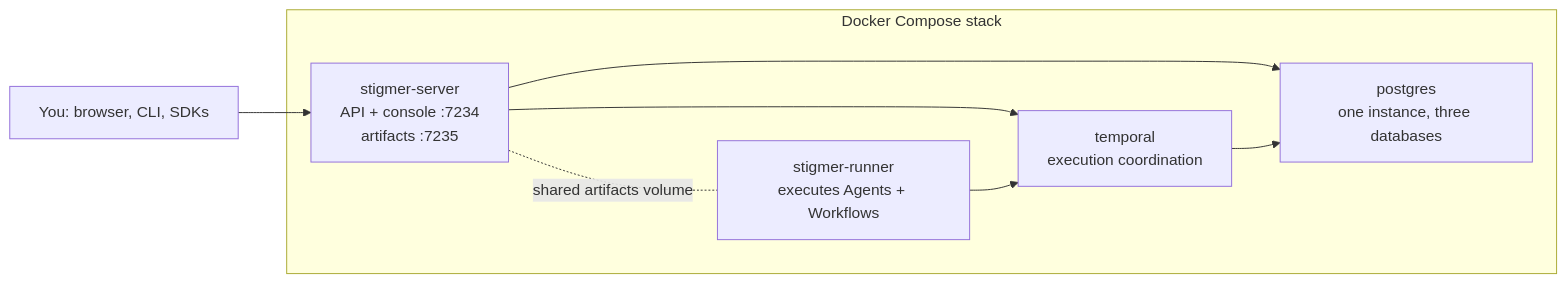
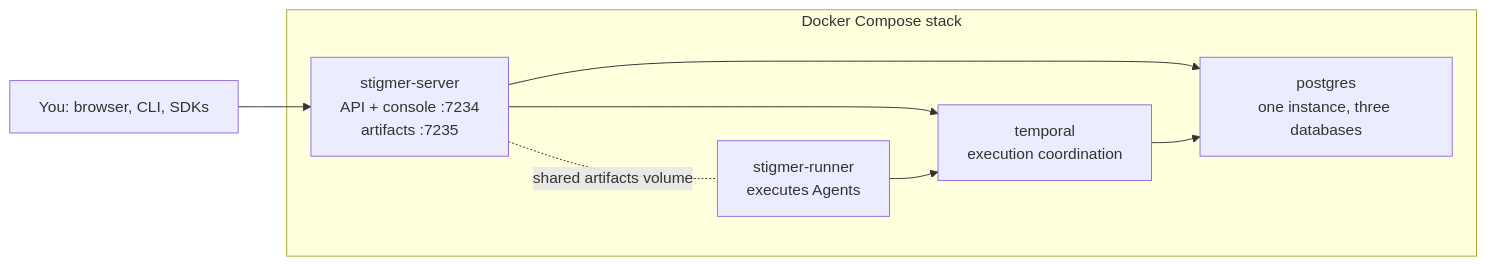
One commit to stigmer/stigmer changed the diagram in docs/guides/self-hosting/docker-compose.mdx. Above: the diagram before and after it, drawn with Mermaid. The commit also changed other lines of this file and 142 other files, not shown here.

````diff
--- a/docs/guides/self-hosting/docker-compose.mdx
+++ b/docs/guides/self-hosting/docker-compose.mdx
@@ -28,15 +28,15 @@
 ```mermaid
 flowchart LR
     subgraph stack [Docker Compose stack]
         server["stigmer-server<br/>API + console :7234<br/>artifacts :7235"]
-        runner["stigmer-runner<br/>executes Agents + Workflows"]
+        runner["stigmer-runner<br/>executes Agents"]
         temporal["temporal<br/>execution coordination"]
         postgres["postgres<br/>one instance, three databases"]
     end
     you["You: browser, CLI, SDKs"] --> server
     server --> temporal
     runner --> temporal
     server --> postgres
     temporal --> postgres
     server -. "shared artifacts volume" .- runner
 ```
````
